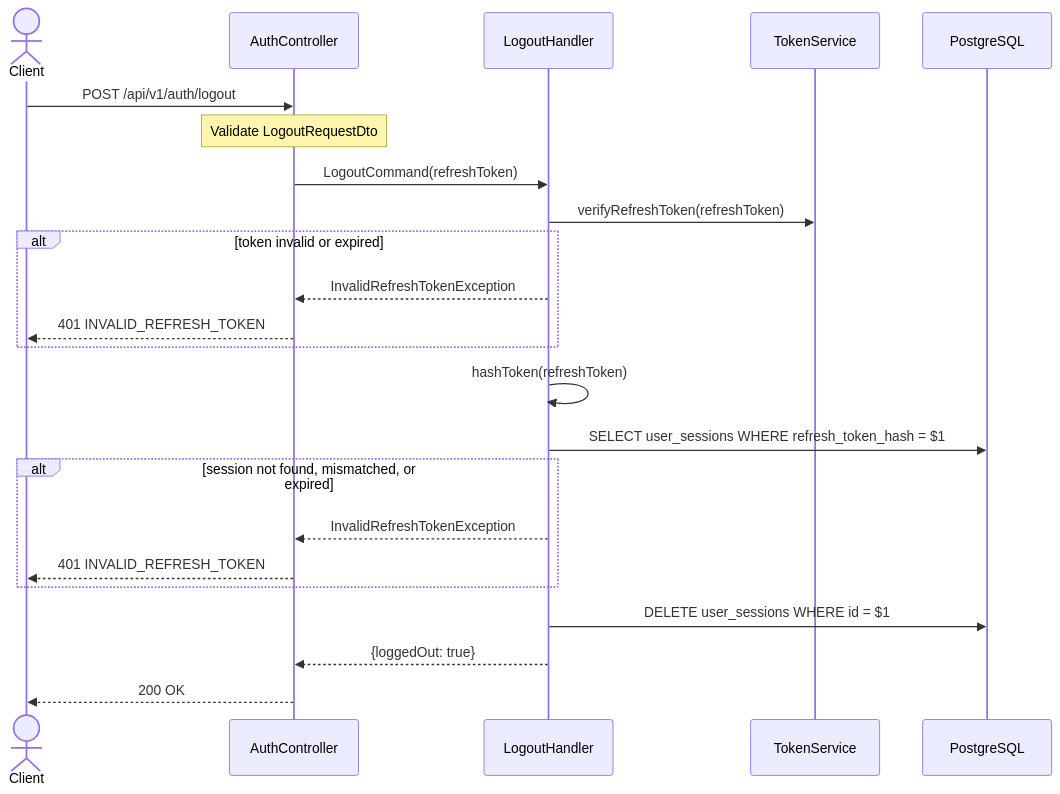
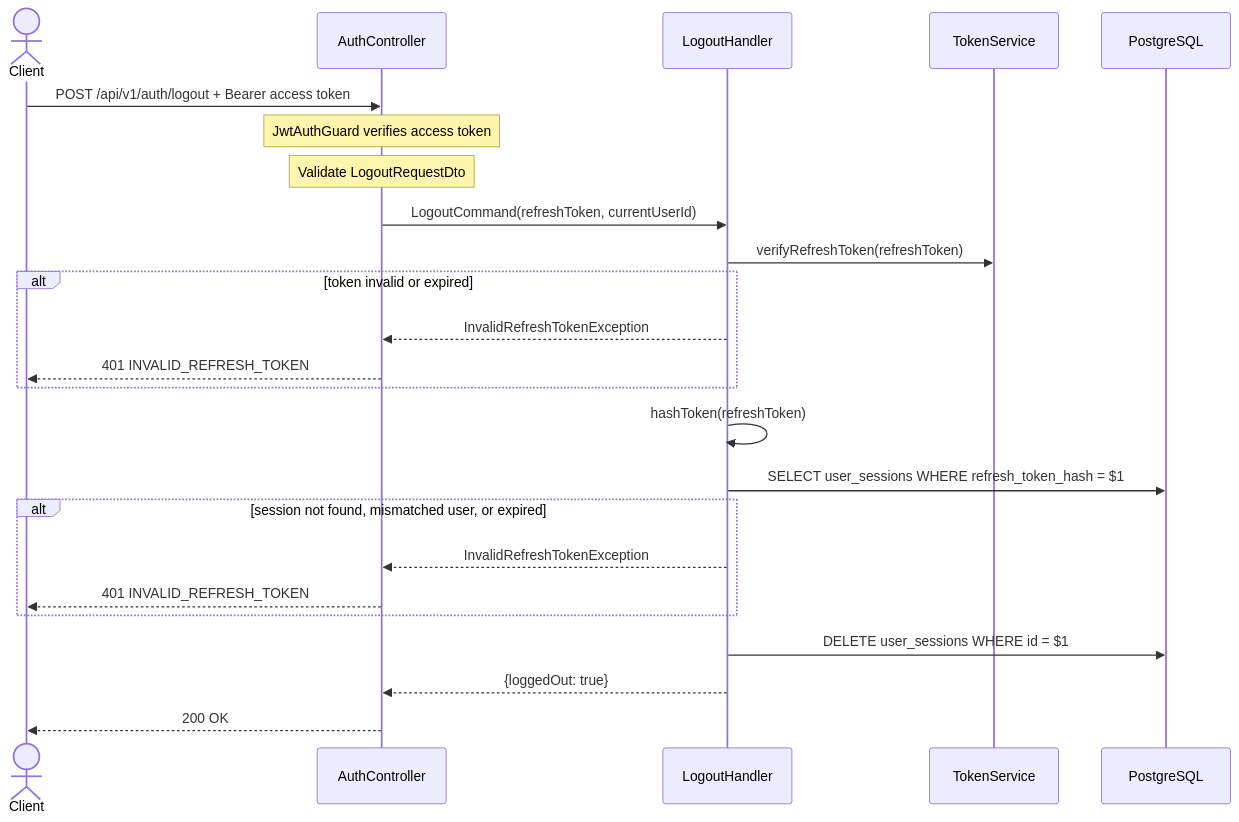
One commit to keyntk78/node-mind-server changed the diagram in docs/auth/06-logout-api.md. Above: the diagram before and after it, drawn with Mermaid. The commit also changed other lines of this file and 12 other files, not shown here.

Commit message:
feat(auth): update logout API to require Bearer access token and refresh token for session invalidation

````diff
--- a/docs/auth/06-logout-api.md
+++ b/docs/auth/06-logout-api.md
@@ -32,31 +33,32 @@
 ```mermaid
 sequenceDiagram
     actor C as Client
     participant Ctrl as AuthController
     participant H as LogoutHandler
     participant Tok as TokenService
     participant DB as PostgreSQL
 
-    C->>Ctrl: POST /api/v1/auth/logout
+    C->>Ctrl: POST /api/v1/auth/logout + Bearer access token
+    Note over Ctrl: JwtAuthGuard verifies access token
     Note over Ctrl: Validate LogoutRequestDto
 
-    Ctrl->>H: LogoutCommand(refreshToken)
+    Ctrl->>H: LogoutCommand(refreshToken, currentUserId)
     H->>Tok: verifyRefreshToken(refreshToken)
 
     alt token invalid or expired
         H-->>Ctrl: InvalidRefreshTokenException
         Ctrl-->>C: 401 INVALID_REFRESH_TOKEN
     end
 
     H->>H: hashToken(refreshToken)
     H->>DB: SELECT user_sessions WHERE refresh_token_hash = $1
 
-    alt session not found, mismatched, or expired
+    alt session not found, mismatched user, or expired
         H-->>Ctrl: InvalidRefreshTokenException
         Ctrl-->>C: 401 INVALID_REFRESH_TOKEN
     end
 
     H->>DB: DELETE user_sessions WHERE id = $1
     H-->>Ctrl: {loggedOut: true}
     Ctrl-->>C: 200 OK
 ```
````
